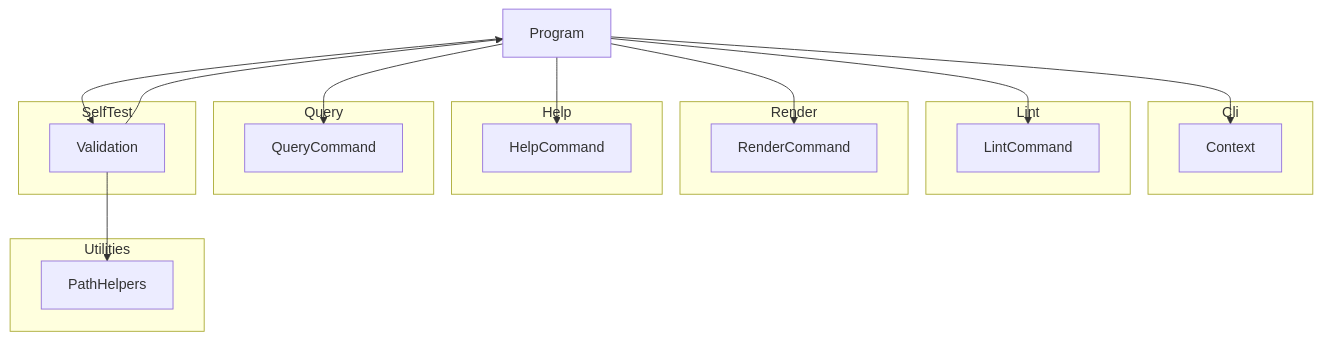
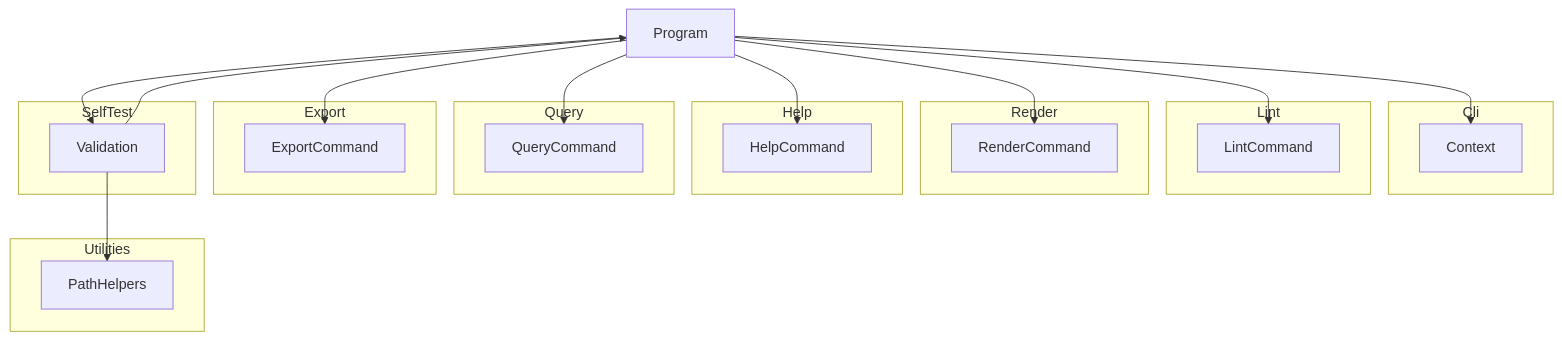
Before and after one commit to demaconsulting/SysML2Tools: the diagram in docs/design/sysml2-tools-tool.md, drawn with Mermaid. The commit also changed other lines of this file and 30 other files, not shown here.

````diff
--- a/docs/design/sysml2-tools-tool.md
+++ b/docs/design/sysml2-tools-tool.md
@@ -9,33 +9,37 @@
 ```mermaid
 flowchart TD
     Program
     subgraph Cli
         Context
     end
     subgraph Lint
         LintCommand
     end
     subgraph Render
         RenderCommand
     end
     subgraph Help
         HelpCommand
     end
     subgraph Query
         QueryCommand
     end
+    subgraph Export
+        ExportCommand
+    end
     subgraph SelfTest
         Validation
     end
     subgraph Utilities
         PathHelpers
     end
     Program --> Context
     Program --> LintCommand
     Program --> RenderCommand
     Program --> HelpCommand
     Program --> QueryCommand
+    Program --> ExportCommand
     Program --> Validation
     Validation --> Program
     Validation --> PathHelpers
 ```
````
